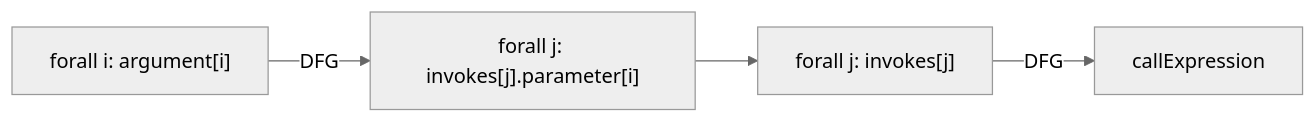
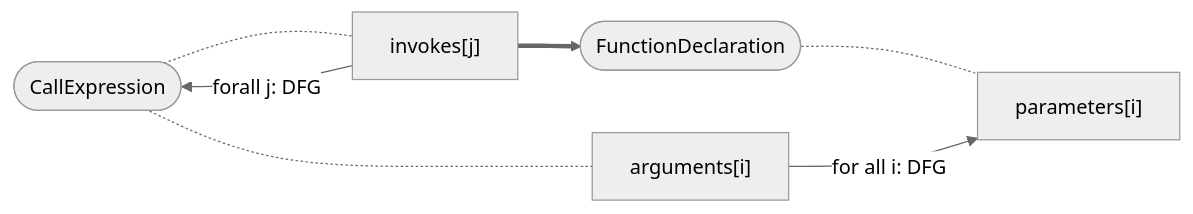
The first of 28 diagrams in cpg-core/specifications/dfg.md (Fraunhofer-AISEC/cpg), drawn with Mermaid (neutral theme) before and after one commit. The commit also changed other lines of this file, not shown here.

````diff
--- a/cpg-core/specifications/dfg.md
+++ b/cpg-core/specifications/dfg.md
@@ -19,6 +19,9 @@
   ```mermaid
   flowchart LR
-    A["forall i: argument[i]"] -- DFG --> B["forall j: invokes[j].parameter[i]"];
-    B --> C;
-    C["forall j: invokes[j]"] -- DFG --> callExpression;
+    node([CallExpression]) -.- invokes["invokes[j]"];
+    node -.- arguments["arguments[i]"];
+    invokes ==> decl([FunctionDeclaration])
+    decl -.- parameters["parameters[i]"]
+    arguments -- "for all i: DFG" --> parameters
+    invokes -- "forall j: DFG" --> node
   ```
````
